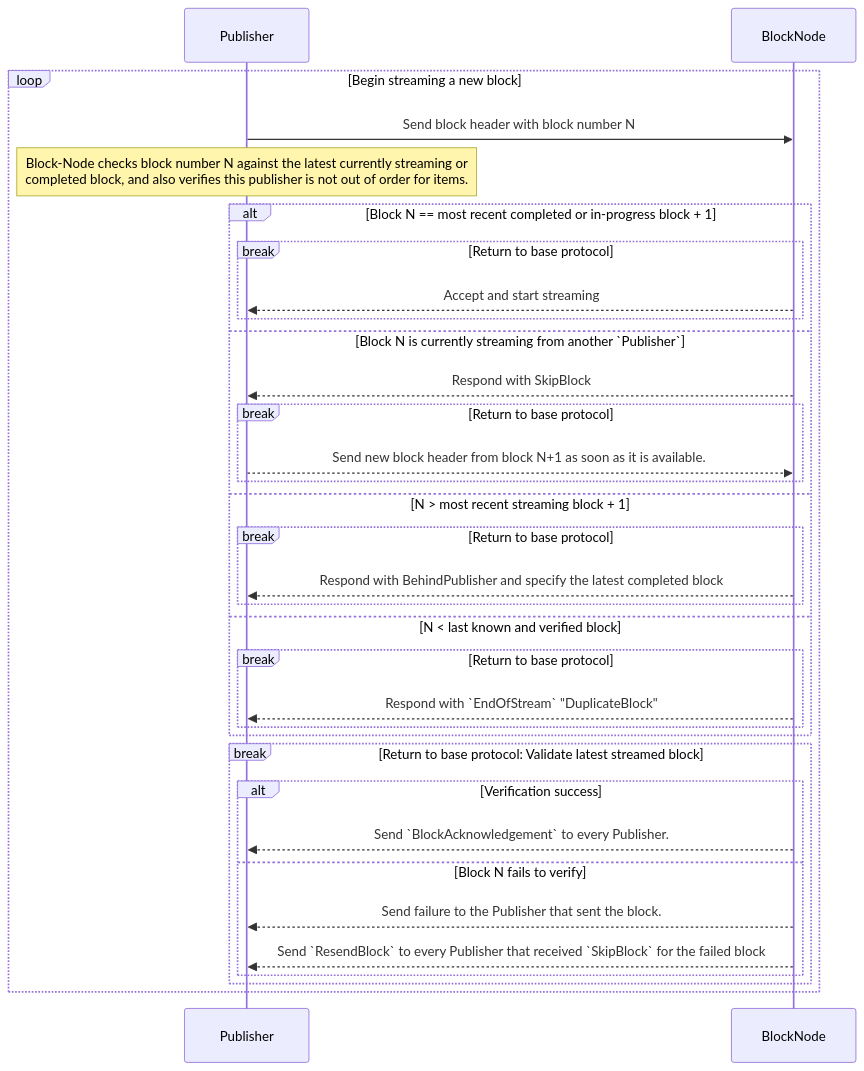
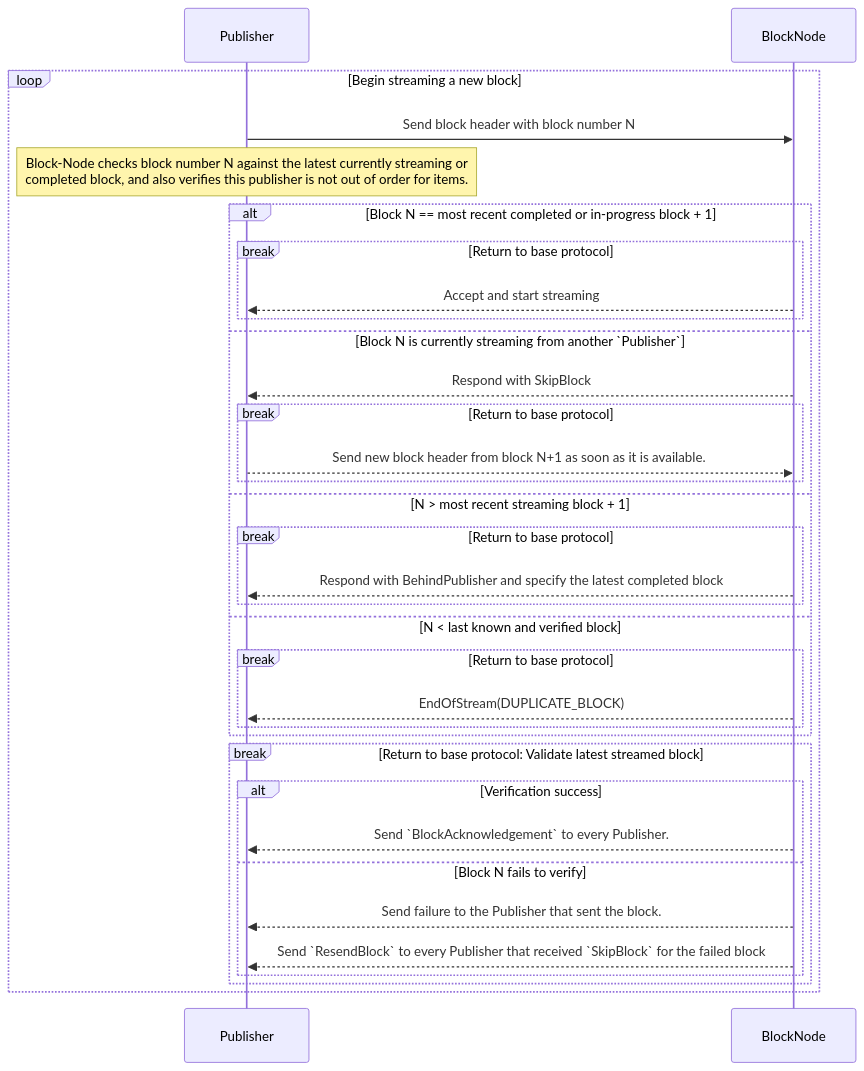
One commit to hiero-ledger/hiero-block-node changed the second of 4 diagrams in docs/design/communication-protocol/publish-block-stream.md. Above: the diagram before and after it, drawn with Mermaid. The commit also changed other lines of this file, not shown here.

Commit message:
Add publisher design docs response expansion

````diff
--- a/docs/design/communication-protocol/publish-block-stream.md
+++ b/docs/design/communication-protocol/publish-block-stream.md
@@ -275,35 +312,35 @@
 ```mermaid
 sequenceDiagram
   participant Publisher as Publisher
   participant BlockNode as BlockNode
   loop Begin streaming a new block
     Publisher ->> BlockNode: Send block header with block number N
     note over Publisher: Block-Node checks block number N against the latest currently streaming or<br/>completed block, and also verifies this publisher is not out of order for items.
     alt Block N == most recent completed or in-progress block + 1
       break Return to base protocol
         BlockNode -->> Publisher: Accept and start streaming
       end
     else Block N is currently streaming from another `Publisher`
       BlockNode -->> Publisher: Respond with SkipBlock
       break Return to base protocol
         Publisher -->> BlockNode: Send new block header from block N+1 as soon as it is available.
       end
     else N > most recent streaming block + 1
       break Return to base protocol
         BlockNode -->> Publisher: Respond with BehindPublisher and specify the latest completed block
       end
     else N < last known and verified block
       break Return to base protocol
-        BlockNode -->> Publisher: Respond with `EndOfStream` "DuplicateBlock"
+        BlockNode -->> Publisher: EndOfStream(DUPLICATE_BLOCK)
       end
     end
     break Return to base protocol: Validate latest streamed block
       alt Verification success
         BlockNode -->> Publisher: Send `BlockAcknowledgement` to every Publisher.
       else Block N fails to verify
         BlockNode -->> Publisher: Send failure to the Publisher that sent the block.
         BlockNode -->> Publisher: Send `ResendBlock` to every Publisher that received `SkipBlock` for the failed block
       end
     end
   end
 ```
````
